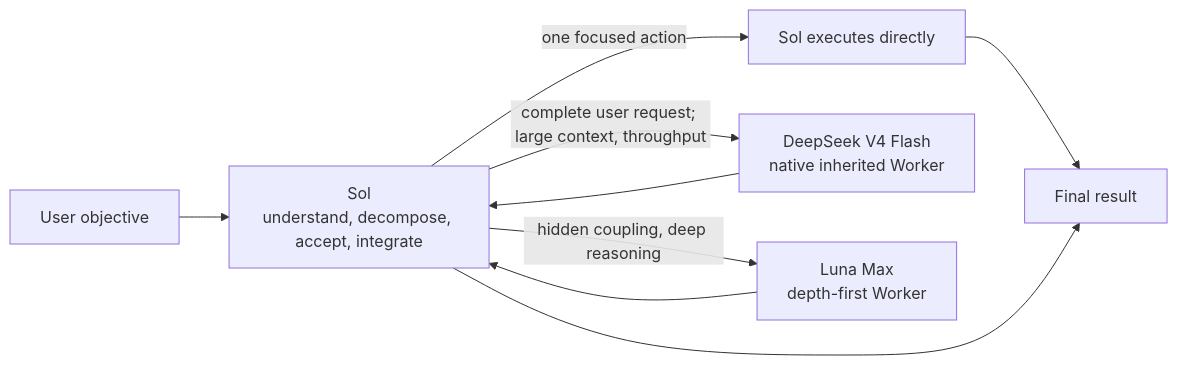
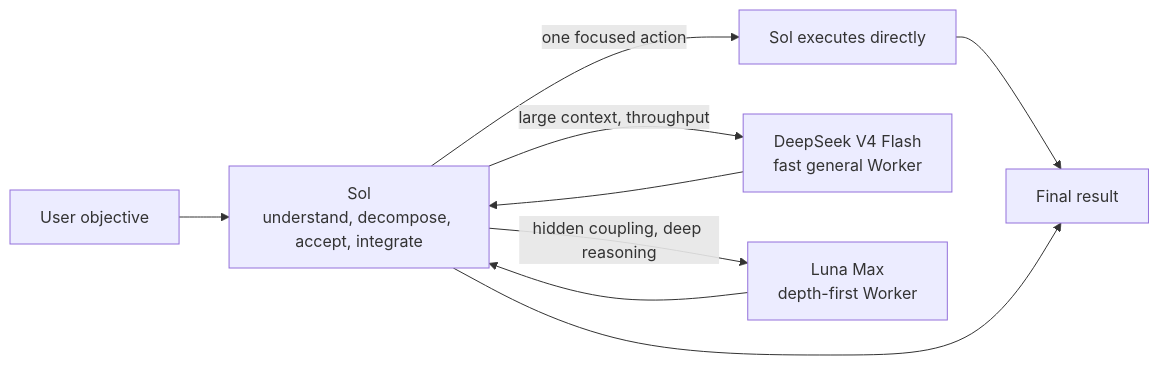
Before and after one commit to liuyejinghong/sol-worker-routing-codex: the diagram in README.en.md, drawn with Mermaid. The commit also changed other lines of this file and 1 other file, not shown here.

````diff
--- a/README.en.md
+++ b/README.en.md
@@ -49,11 +49,11 @@
 ```mermaid
 flowchart LR
     U["User objective"] --> S["Sol<br/>understand, decompose, accept, integrate"]
     S -->|"one focused action"| D["Sol executes directly"]
-    S -->|"complete user request; large context, throughput"| DS["DeepSeek V4 Flash<br/>native inherited Worker"]
+    S -->|"large context, throughput"| DS["DeepSeek V4 Flash<br/>fast general Worker"]
     S -->|"hidden coupling, deep reasoning"| L["Luna Max<br/>depth-first Worker"]
     D --> O["Final result"]
     DS --> S
     L --> S
     S --> O
 ```
````
